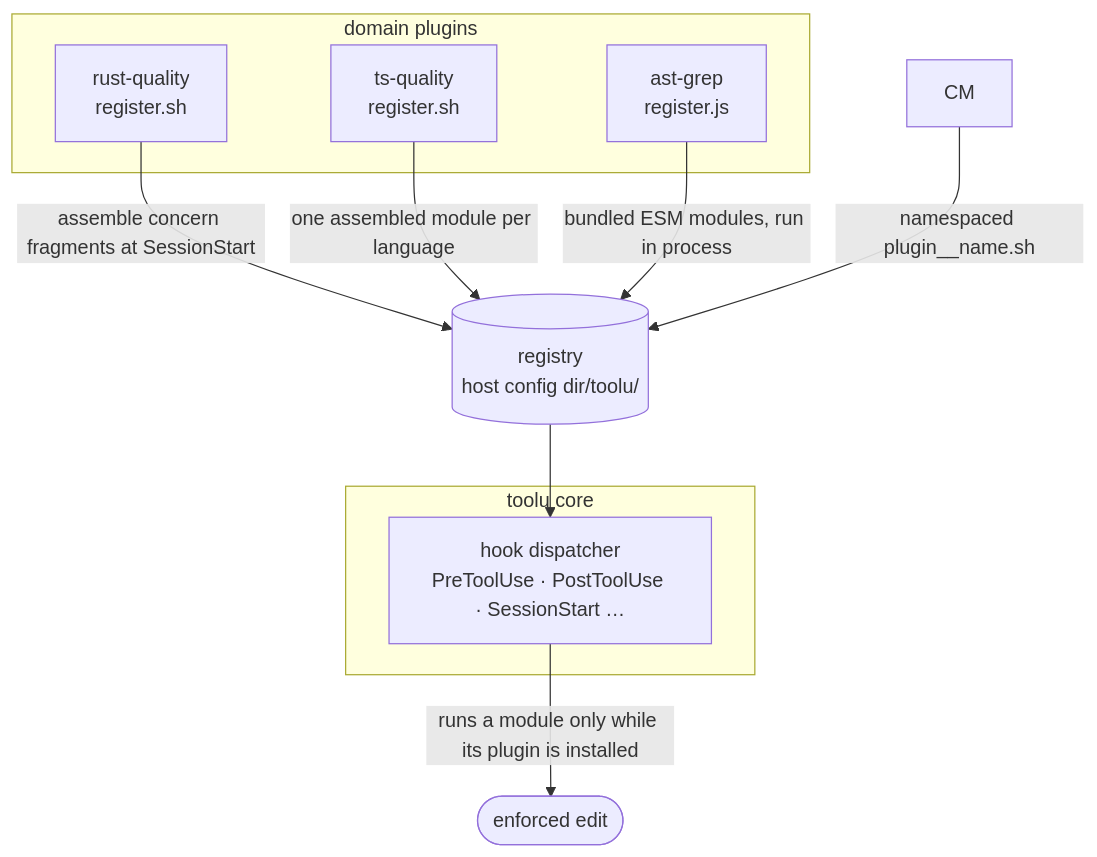
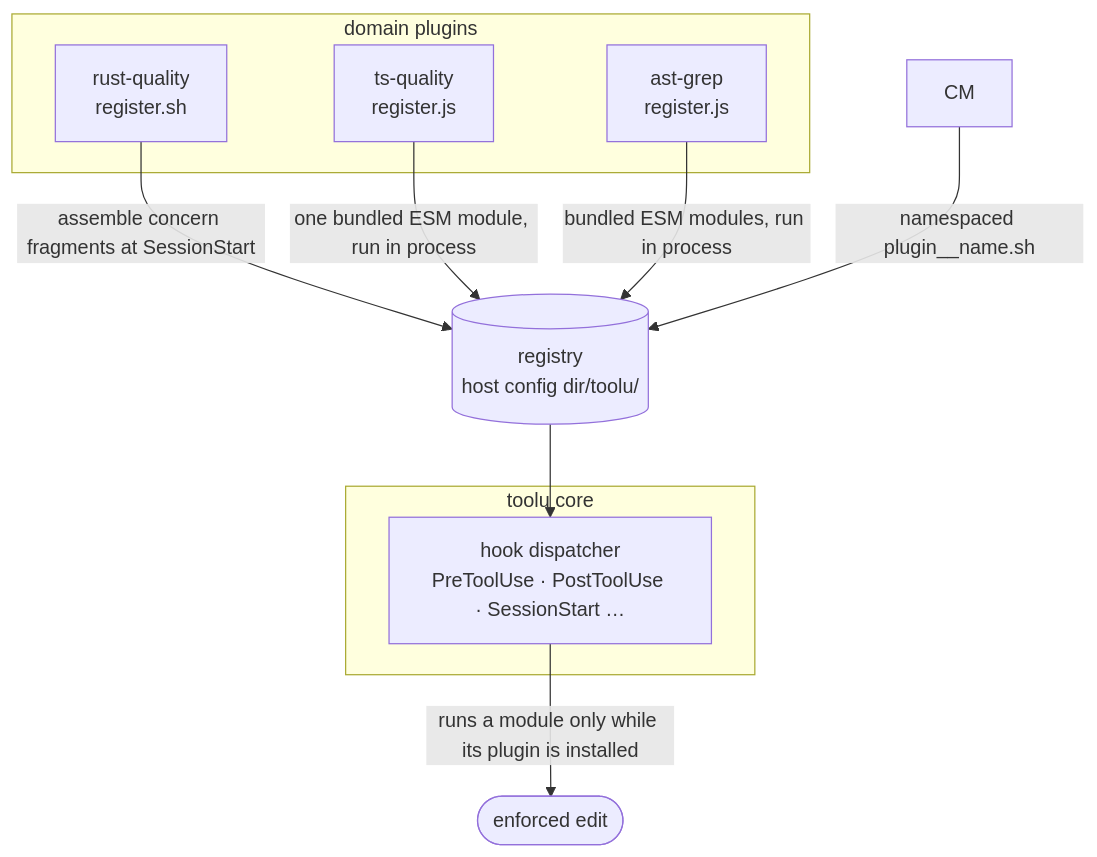
One commit to Falconiere/toolu changed the second of 2 diagrams in README.md. Above: the diagram before and after it, drawn with Mermaid. The commit also changed other lines of this file and 105 other files, not shown here.

First line of the commit message:
feat(ts-quality): port concerns to registry module (#318)

````diff
--- a/README.md
+++ b/README.md
@@ -252,17 +252,17 @@
 ```mermaid
 flowchart TD
     subgraph core["toolu core"]
         D["hook dispatcher<br/>PreToolUse · PostToolUse · SessionStart …"]
     end
     subgraph plugins["domain plugins"]
         RQ["rust-quality<br/>register.sh"]
-        TQ["ts-quality<br/>register.sh"]
+        TQ["ts-quality<br/>register.js"]
         AG["ast-grep<br/>register.js"]
     end
     RQ -- "assemble concern fragments at SessionStart" --> R[("registry<br/>host config dir/toolu/")]
-    TQ -- "one assembled module per language" --> R
+    TQ -- "one bundled ESM module, run in process" --> R
     AG -- "bundled ESM modules, run in process" --> R
     CM -- "namespaced plugin__name.sh" --> R
     R --> D
     D -- "runs a module only while its plugin is installed" --> OUT([enforced edit])
 ```
````
